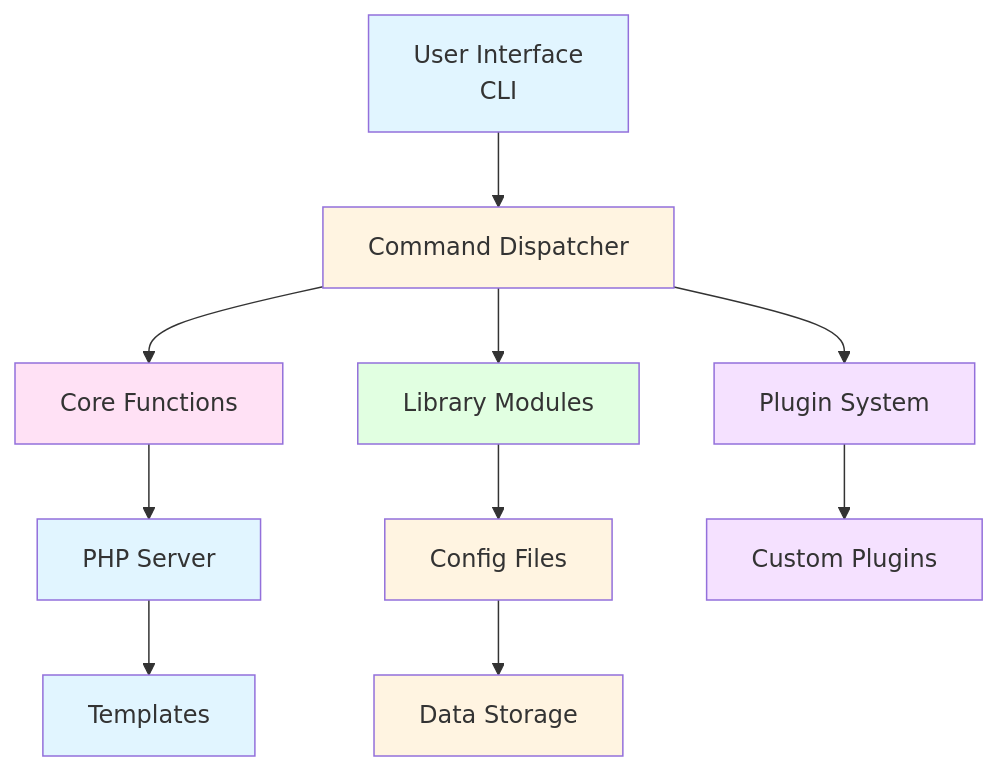
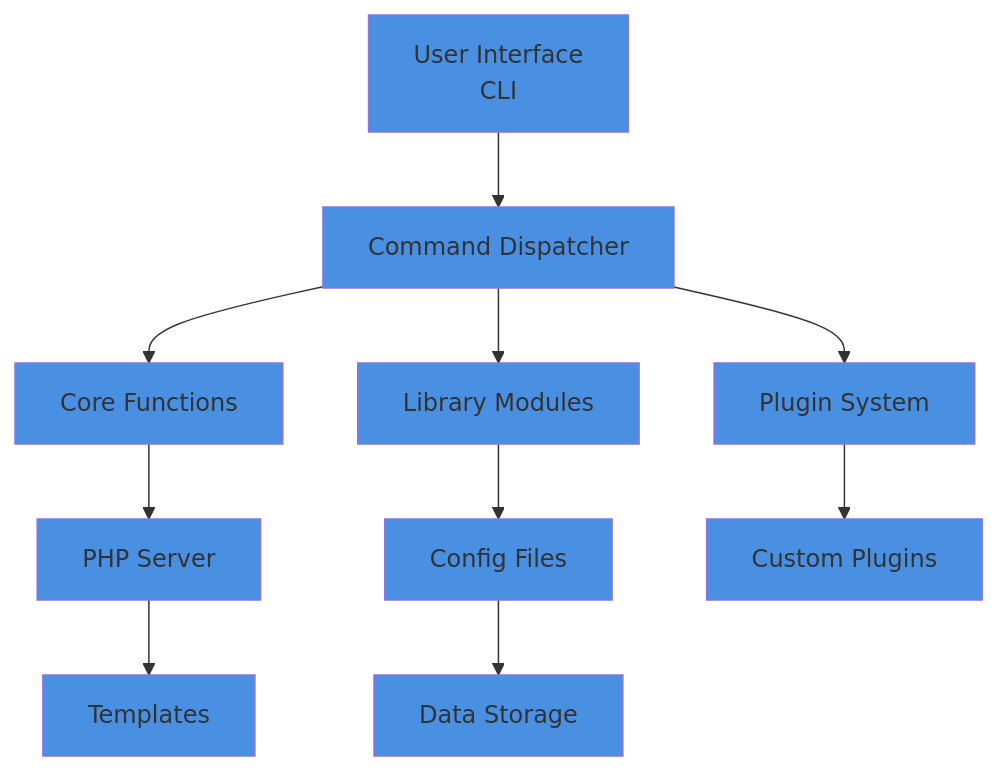
Before and after one commit to syed-sameer-ul-hassan/FishME: the second of 9 diagrams in README.md, drawn with Mermaid. The commit also changed other lines of this file, not shown here.

````diff
--- a/README.md
+++ b/README.md
@@ -57,23 +57,23 @@
 ```mermaid
 graph TB
     A[User Interface<br/>CLI] --> B[Command Dispatcher]
     B --> C[Core Functions]
     B --> D[Library Modules]
     B --> E[Plugin System]
     C --> F[PHP Server]
     D --> G[Config Files]
     E --> H[Custom Plugins]
     F --> I[Templates]
     G --> J[Data Storage]
     
-    style A fill:#e1f5ff
-    style B fill:#fff4e1
-    style C fill:#ffe1f5
-    style D fill:#e1ffe1
-    style E fill:#f5e1ff
-    style F fill:#e1f5ff
-    style G fill:#fff4e1
-    style H fill:#f5e1ff
-    style I fill:#e1f5ff
-    style J fill:#fff4e1
+    style A fill:#4a90e2
+    style B fill:#4a90e2
+    style C fill:#4a90e2
+    style D fill:#4a90e2
+    style E fill:#4a90e2
+    style F fill:#4a90e2
+    style G fill:#4a90e2
+    style H fill:#4a90e2
+    style I fill:#4a90e2
+    style J fill:#4a90e2
 ```
````
